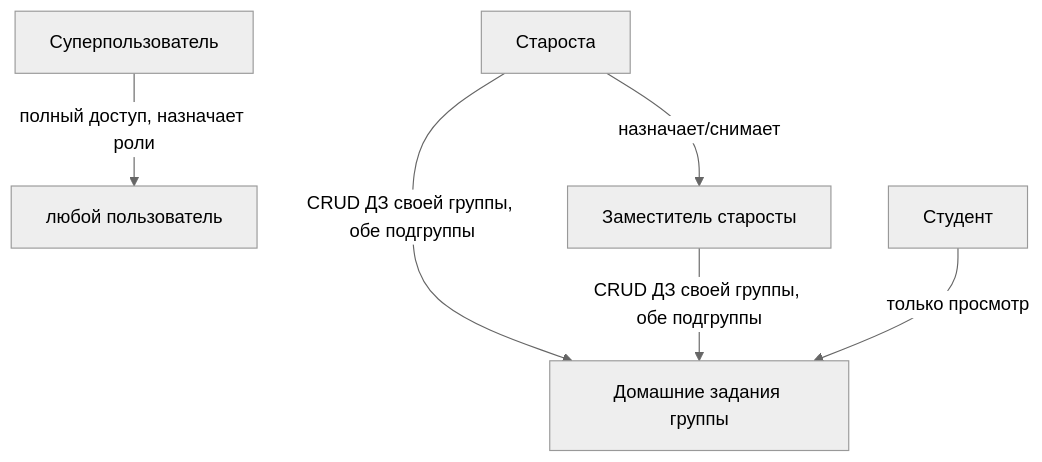
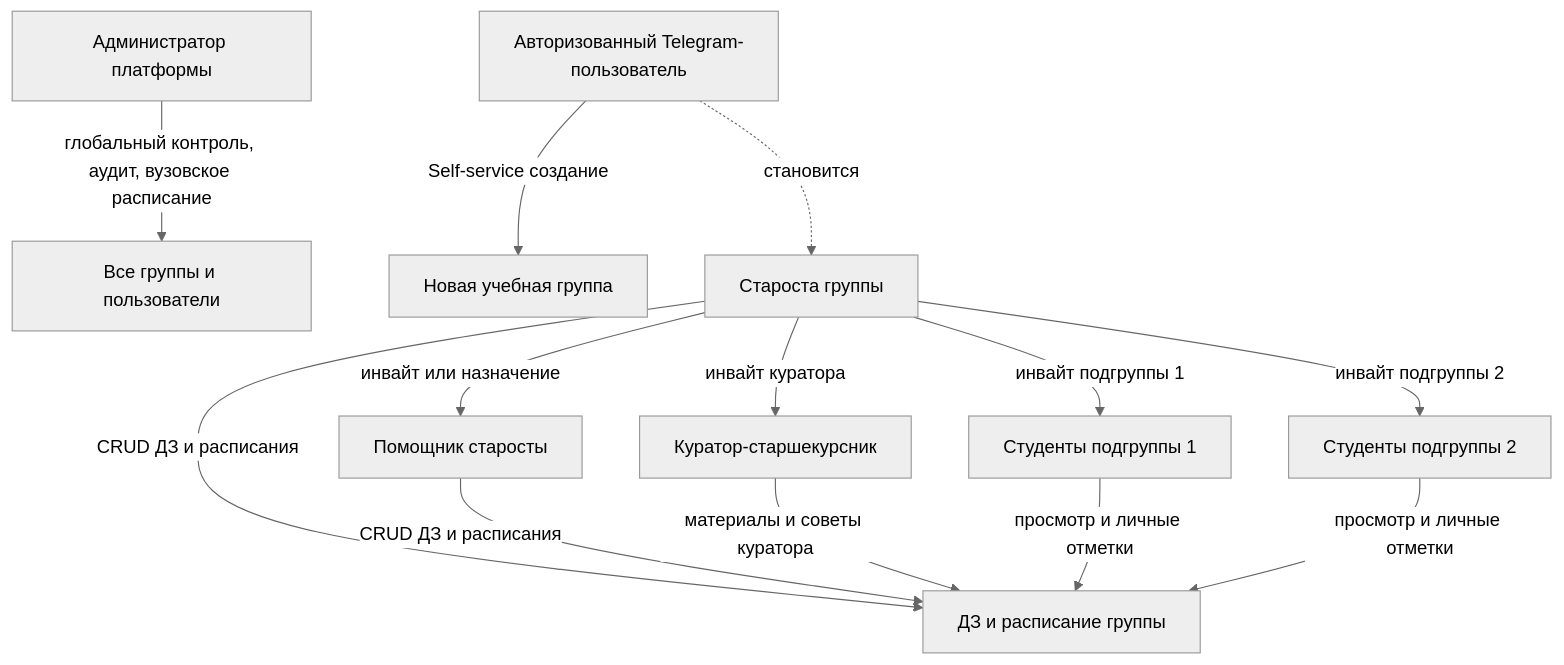
The first of 4 diagrams in docs/Task.md (Ivansups/Zeta), drawn with Mermaid (neutral theme) before and after one commit. The commit also changed other lines of this file and 25 other files, not shown here.

````diff
--- a/docs/Task.md
+++ b/docs/Task.md
@@ -27,8 +64,18 @@
 ```mermaid
 graph TD
-    SU[Суперпользователь] -->|полный доступ, назначает роли| ALL[любой пользователь]
-    ST[Староста] -->|CRUD ДЗ своей группы, обе подгруппы| HW[Домашние задания группы]
-    ST -->|назначает/снимает| DEP[Заместитель старосты]
-    DEP -->|CRUD ДЗ своей группы, обе подгруппы| HW
-    STU[Студент] -->|только просмотр| HW
+    ADMIN[Администратор платформы] -->|глобальный контроль, аудит, вузовское расписание| ALL[Все группы и пользователи]
+    
+    USER[Авторизованный Telegram-пользователь] -->|Self-service создание| GROUP[Новая учебная группа]
+    USER -.->|становится| ELDER[Староста группы]
+    
+    ELDER -->|CRUD ДЗ и расписания| HW[ДЗ и расписание группы]
+    ELDER -->|инвайт подгруппы 1| S1[Студенты подгруппы 1]
+    ELDER -->|инвайт подгруппы 2| S2[Студенты подгруппы 2]
+    ELDER -->|инвайт или назначение| HELPER[Помощник старосты]
+    ELDER -->|инвайт куратора| CURATOR[Куратор-старшекурсник]
+    
+    HELPER -->|CRUD ДЗ и расписания| HW
+    CURATOR -->|материалы и советы куратора| HW
+    S1 -->|просмотр и личные отметки| HW
+    S2 -->|просмотр и личные отметки| HW
 ```
````
